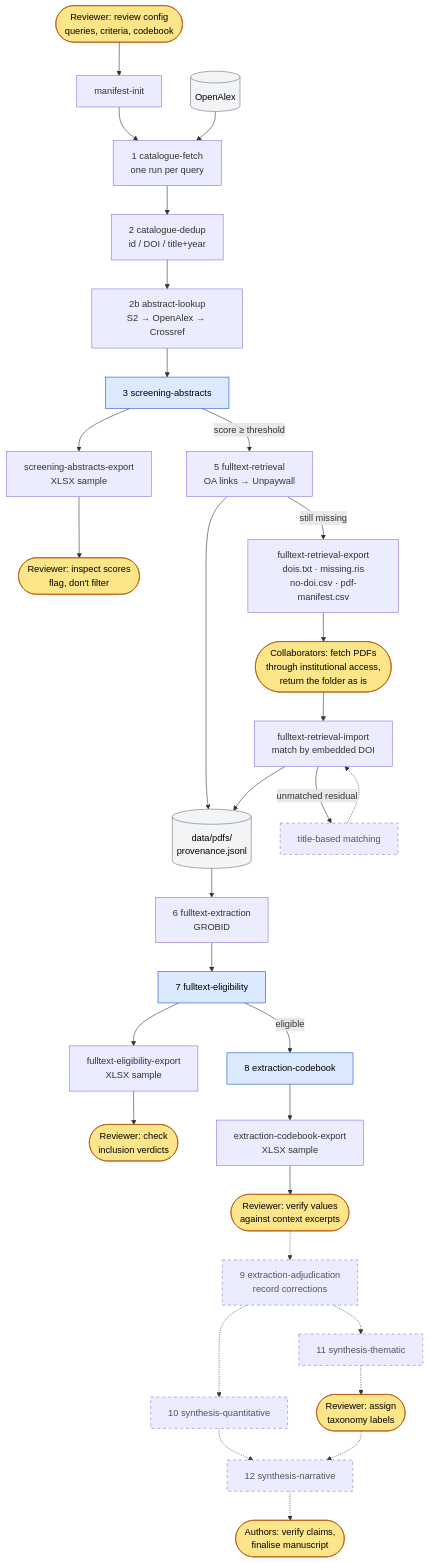
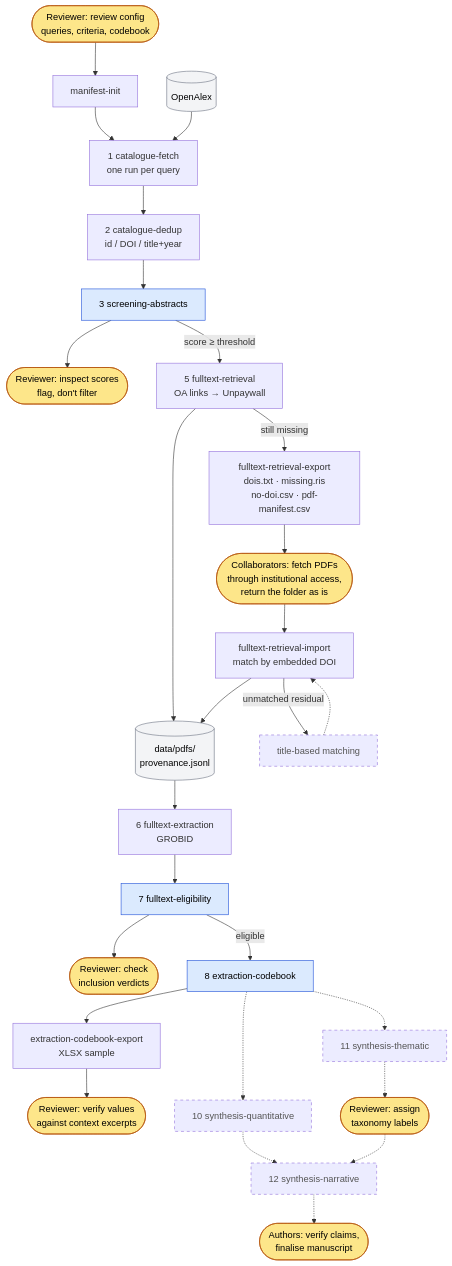
The diagram in docs/pipeline.md (geomar-od-lagrange/2026_laglitsynth), drawn with Mermaid before and after one commit. The commit also changed other lines of this file and 22 other files, not shown here.

First line of the commit message:
Drop abstract lookup, adjudication and screening/eligibility XLSX exports

````diff
--- a/docs/pipeline.md
+++ b/docs/pipeline.md
@@ -249,45 +209,41 @@
 ```mermaid
 flowchart TD
     classDef human fill:#fde68a,stroke:#b45309,color:#000
     classDef llm fill:#dbeafe,stroke:#1d4ed8,color:#000
     classDef store fill:#f3f4f6,stroke:#6b7280,color:#000
     classDef planned stroke-dasharray: 5 5,color:#555
 
     H0([Reviewer: review config<br/>queries, criteria, codebook]):::human
     H0 --> INIT[manifest-init]
     INIT --> FETCH
     OA[(OpenAlex)]:::store --> FETCH
 
     FETCH[1 catalogue-fetch<br/>one run per query]
     FETCH --> DEDUP[2 catalogue-dedup<br/>id / DOI / title+year]
-    DEDUP --> ALOOK[2b abstract-lookup<br/>S2 → OpenAlex → Crossref]
-    ALOOK --> SCREEN[3 screening-abstracts]:::llm
-    SCREEN --> SX[screening-abstracts-export<br/>XLSX sample]
-    SX --> H3([Reviewer: inspect scores<br/>flag, don't filter]):::human
+    DEDUP --> SCREEN[3 screening-abstracts]:::llm
+    SCREEN --> H3([Reviewer: inspect scores<br/>flag, don't filter]):::human
 
     SCREEN -->|score ≥ threshold| RETR[5 fulltext-retrieval<br/>OA links → Unpaywall]
     RETR --> PDFS[(data/pdfs/<br/>provenance.jsonl)]:::store
     RETR -->|still missing| EXPORT[fulltext-retrieval-export<br/>dois.txt · missing.ris<br/>no-doi.csv · pdf-manifest.csv]
     EXPORT --> H5([Collaborators: fetch PDFs<br/>through institutional access,<br/>return the folder as is]):::human
     H5 --> IMPORT[fulltext-retrieval-import<br/>match by embedded DOI]
     IMPORT --> PDFS
     IMPORT -->|unmatched residual| TM[title-based matching]:::planned
     TM -.-> IMPORT
 
     PDFS --> GROBID[6 fulltext-extraction<br/>GROBID]
     GROBID --> ELIG[7 fulltext-eligibility]:::llm
-    ELIG --> EX[fulltext-eligibility-export<br/>XLSX sample]
-    EX --> H7([Reviewer: check<br/>inclusion verdicts]):::human
+    ELIG --> H7([Reviewer: check<br/>inclusion verdicts]):::human
 
     ELIG -->|eligible| CODE[8 extraction-codebook]:::llm
     CODE --> CX[extraction-codebook-export<br/>XLSX sample]
     CX --> H8([Reviewer: verify values<br/>against context excerpts]):::human
 
-    H8 -.-> ADJ[9 extraction-adjudication<br/>record corrections]:::planned
-    ADJ -.-> QS[10 synthesis-quantitative]:::planned
-    ADJ -.-> TS[11 synthesis-thematic]:::planned
+    CODE -.-> QS[10 synthesis-quantitative]:::planned
+    CODE -.-> TS[11 synthesis-thematic]:::planned
     TS -.-> H11([Reviewer: assign<br/>taxonomy labels]):::human
     QS -.-> NARR[12 synthesis-narrative]:::planned
     H11 -.-> NARR
     NARR -.-> H12([Authors: verify claims,<br/>finalise manuscript]):::human
 ```
````
